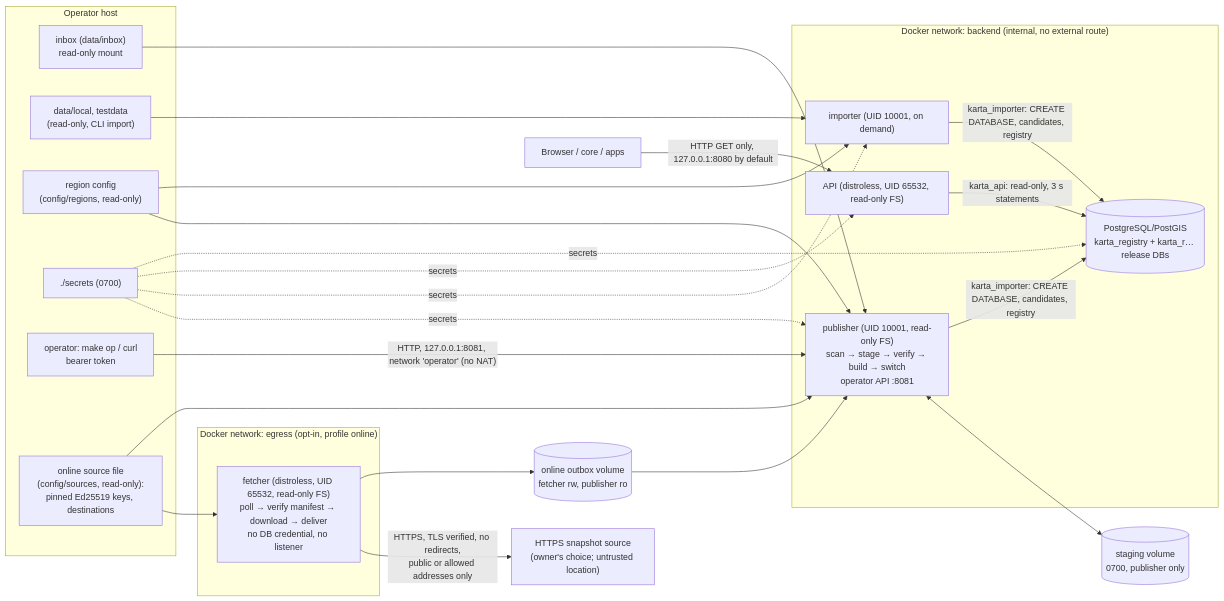
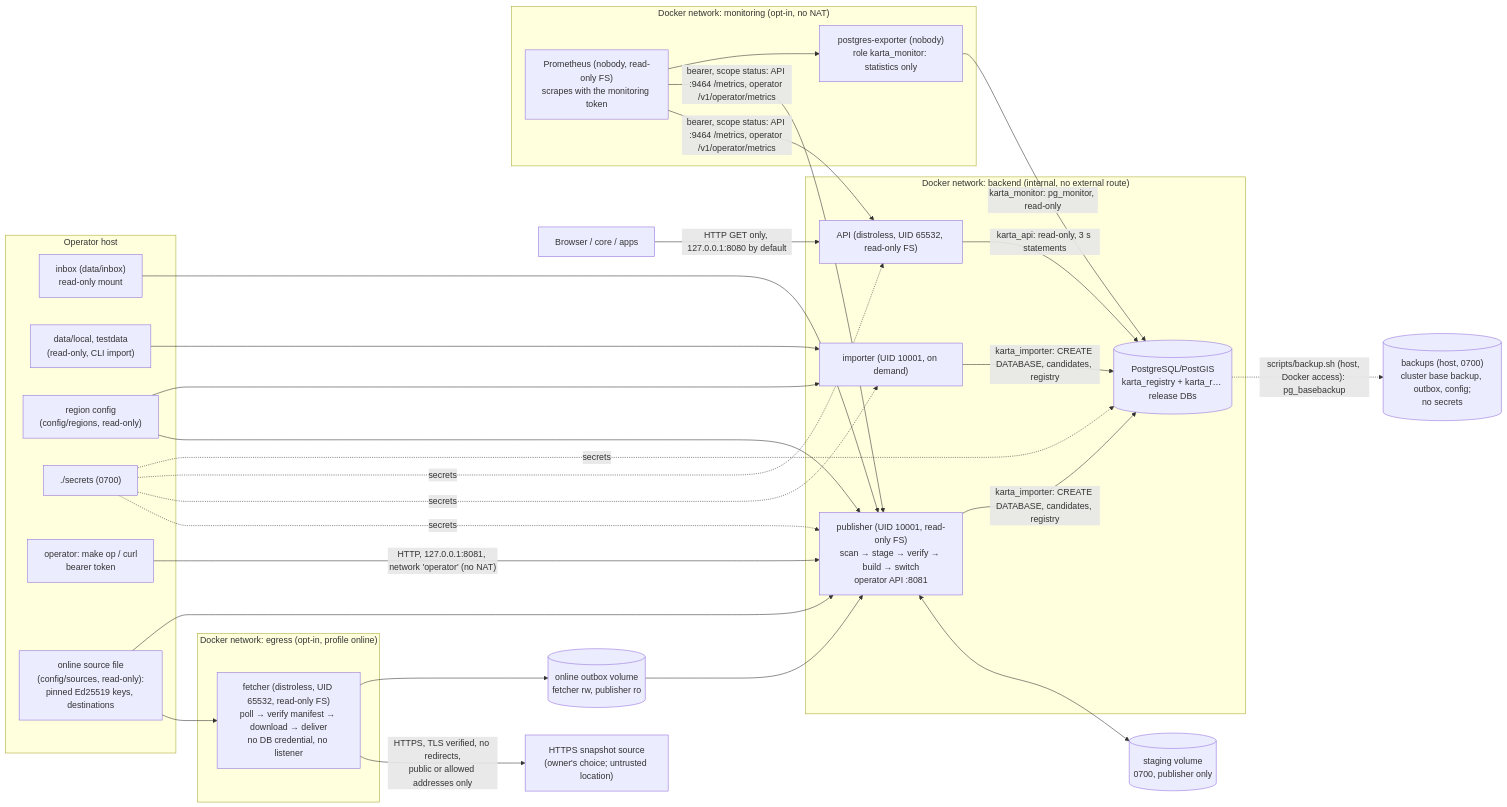
One commit to pouriya-sedaghat/karta changed the diagram in docs/security.md. Above: the diagram before and after it, drawn with Mermaid. The commit also changed other lines of this file and 13 other files, not shown here.

````diff
--- a/docs/security.md
+++ b/docs/security.md
@@ -3,36 +3,44 @@
 ```mermaid
 flowchart LR
     subgraph Operator host
         INBOX["inbox (data/inbox)<br/>read-only mount"]
         PBF["data/local, testdata<br/>(read-only, CLI import)"]
         CFG["region config<br/>(config/regions, read-only)"]
         SEC["./secrets (0700)"]
         OPR["operator: make op / curl<br/>bearer token"]
         SRCF["online source file<br/>(config/sources, read-only):<br/>pinned Ed25519 keys, destinations"]
     end
     subgraph "Docker network: egress (opt-in, profile online)"
         FET["fetcher (distroless, UID 65532, read-only FS)<br/>poll → verify manifest → download → deliver<br/>no DB credential, no listener"]
     end
     SRC["HTTPS snapshot source<br/>(owner's choice; untrusted location)"]
     OUT[("online outbox volume<br/>fetcher rw, publisher ro")]
     subgraph "Docker network: backend (internal, no external route)"
         PUB["publisher (UID 10001, read-only FS)<br/>scan → stage → verify → build → switch<br/>operator API :8081"]
         IMP["importer (UID 10001, on demand)"]
         DB[("PostgreSQL/PostGIS<br/>karta_registry + karta_r… release DBs")]
         API["API (distroless, UID 65532, read-only FS)"]
     end
     STG[("staging volume<br/>0700, publisher only")]
+    subgraph "Docker network: monitoring (opt-in, no NAT)"
+        PROM["Prometheus (nobody, read-only FS)<br/>scrapes with the monitoring token"]
+        EXP["postgres-exporter (nobody)<br/>role karta_monitor: statistics only"]
+    end
+    BK[("backups (host, 0700)<br/>cluster base backup, outbox, config;<br/>no secrets")]
     Client["Browser / core / apps"]
     INBOX --> PUB
     FET -- "HTTPS, TLS verified, no redirects,<br/>public or allowed addresses only" --> SRC
     FET --> OUT --> PUB
     SRCF --> FET & PUB
     PUB <--> STG
     PBF --> IMP
     CFG --> PUB & IMP
     SEC -. secrets .-> PUB & IMP & API & DB
     OPR -- "HTTP, 127.0.0.1:8081, network 'operator' (no NAT)" --> PUB
     PUB & IMP -- "karta_importer: CREATE DATABASE, candidates, registry" --> DB
     API -- "karta_api: read-only, 3 s statements" --> DB
     Client -- "HTTP GET only, 127.0.0.1:8080 by default" --> API
+    PROM -- "bearer, scope status: API :9464 /metrics, operator /v1/operator/metrics" --> API & PUB
+    PROM --> EXP -- "karta_monitor: pg_monitor, read-only" --> DB
+    DB -. "scripts/backup.sh (host, Docker access): pg_basebackup" .-> BK
 ```
````
